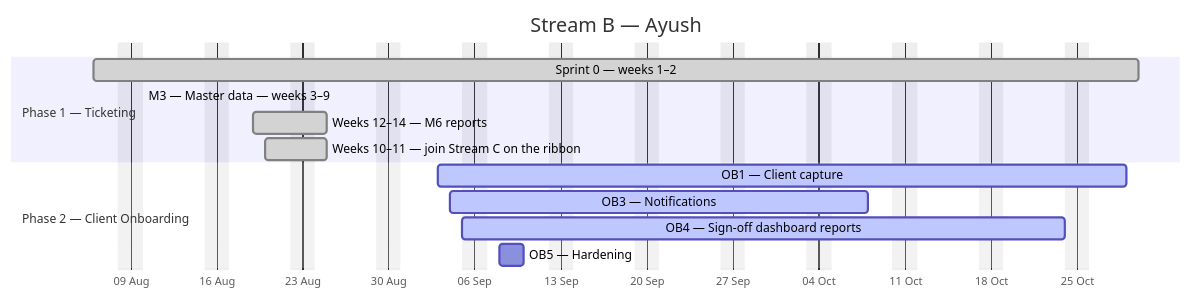
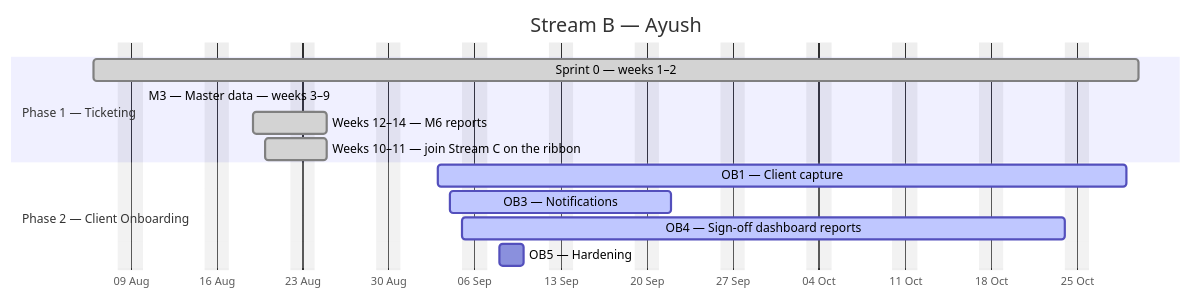
One commit to debashisedunext/EduTrack changed the second of 4 diagrams in docs/plan/GANTT.md. Above: the diagram before and after it, drawn with Mermaid. The commit also changed other lines of this file and 2 other files, not shown here.

````diff
--- a/docs/plan/GANTT.md
+++ b/docs/plan/GANTT.md
@@ -149,17 +154,17 @@
 ```mermaid
 gantt
     dateFormat YYYY-MM-DD
     axisFormat %d %b
     title Stream B — Ayush
     excludes weekends
     section Phase 1 — Ticketing
     Sprint 0 — weeks 1–2 :done, b0, 2026-08-06, 61d
     M3 — Master data — weeks 3–9 :done, b1, 2026-08-10, -48d
     Weeks 12–14 — M6 reports :done, b2, 2026-08-19, 4d
     Weeks 10–11 — join Stream C on the ribbon :done, b3, 2026-08-20, 3d
     section Phase 2 — Client Onboarding
     OB1 — Client capture :active, b4, 2026-09-03, 40d
-    OB3 — Notifications :active, b5, 2026-09-04, 24d
+    OB3 — Notifications :active, b5, 2026-09-04, 12d
     OB4 — Sign-off  dashboard  reports :active, b6, 2026-09-05, 36d
     OB5 — Hardening :b7, 2026-09-08, 2d
 ```
````
